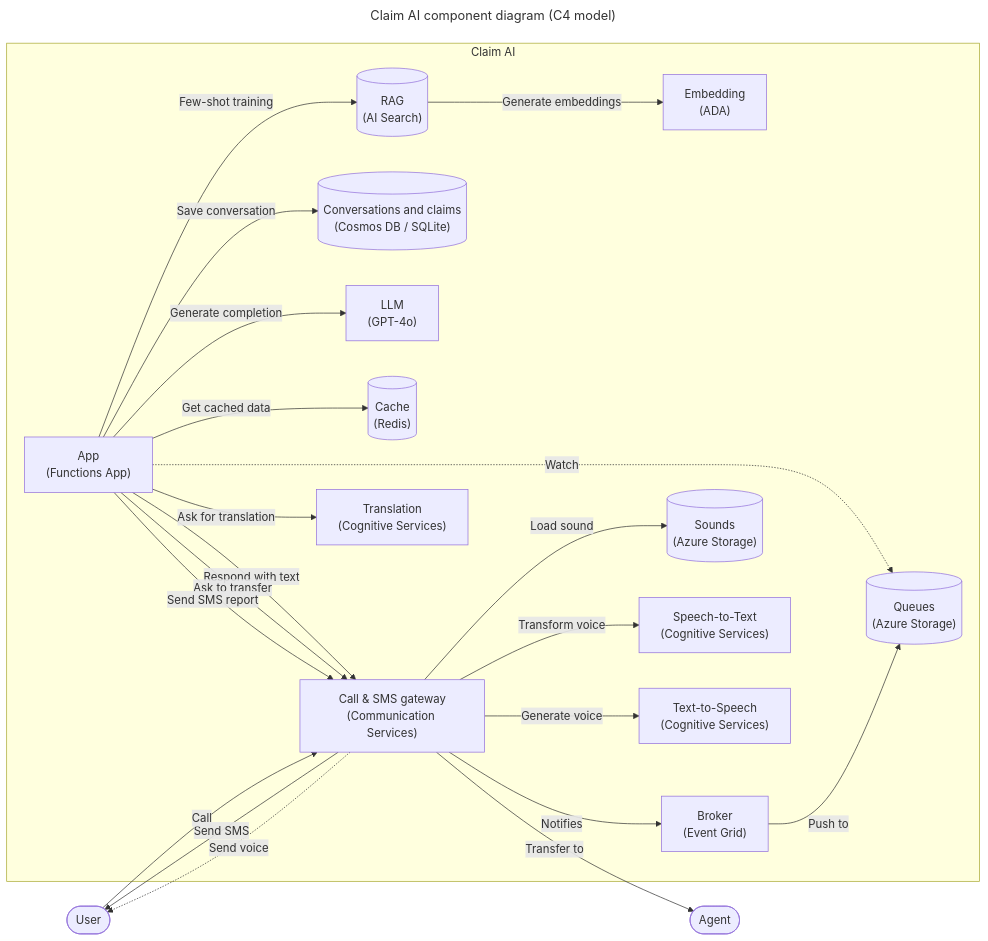
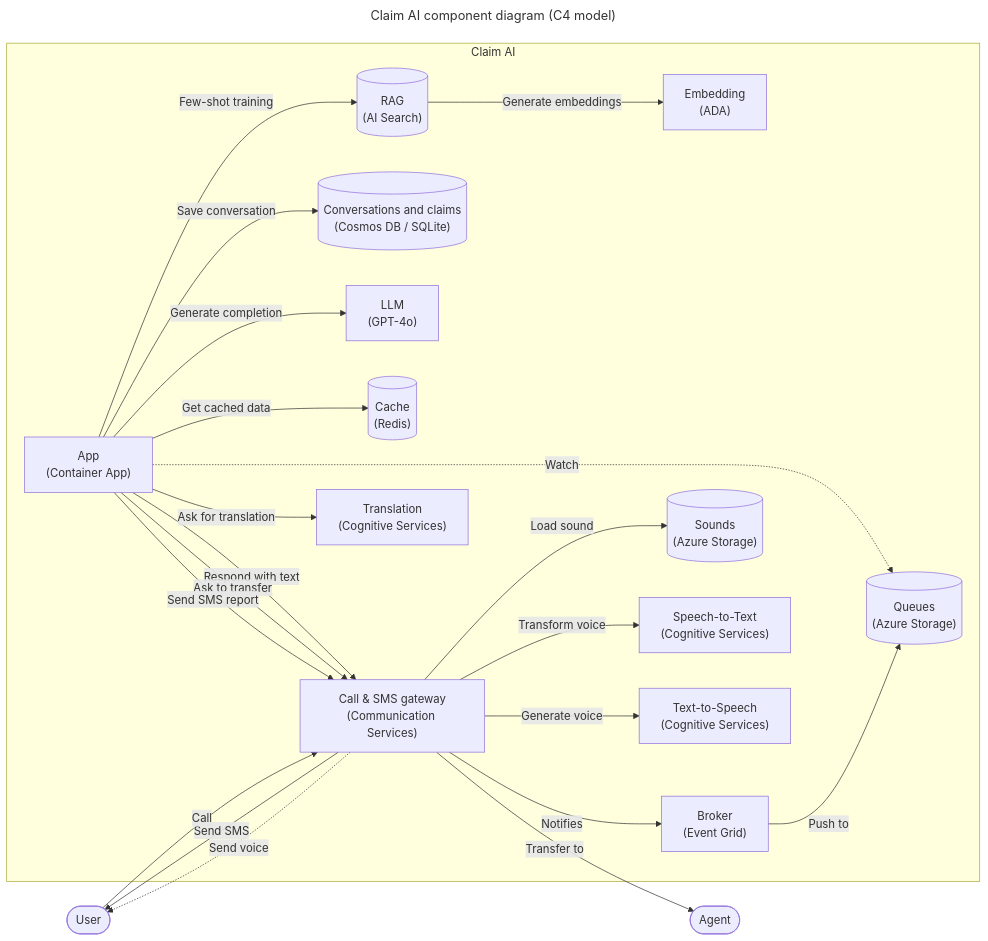
One commit to microsoft/call-center-ai changed the second of 3 diagrams in README.md. Above: the diagram before and after it, drawn with Mermaid.

Commit message:
doc: Fix app diagram hosting

````diff
--- a/README.md
+++ b/README.md
@@ -170,48 +170,48 @@
 ```mermaid
 ---
 title: Claim AI component diagram (C4 model)
 ---
 graph LR
   agent(["Agent"])
   user(["User"])
 
   subgraph "Claim AI"
     ada["Embedding<br>(ADA)"]
-    app["App<br>(Functions App)"]
+    app["App<br>(Container App)"]
     communication_services["Call & SMS gateway<br>(Communication Services)"]
     db[("Conversations and claims<br>(Cosmos DB / SQLite)")]
     eventgrid["Broker<br>(Event Grid)"]
     gpt["LLM<br>(GPT-4o)"]
     queues[("Queues<br>(Azure Storage)")]
     redis[("Cache<br>(Redis)")]
     search[("RAG<br>(AI Search)")]
     sounds[("Sounds<br>(Azure Storage)")]
     sst["Speech-to-Text<br>(Cognitive Services)"]
     translation["Translation<br>(Cognitive Services)"]
     tts["Text-to-Speech<br>(Cognitive Services)"]
   end
 
   app -- Respond with text --> communication_services
   app -- Ask for translation --> translation
   app -- Ask to transfer --> communication_services
   app -- Few-shot training --> search
   app -- Generate completion --> gpt
   app -- Get cached data --> redis
   app -- Save conversation --> db
   app -- Send SMS report --> communication_services
   app -. Watch .-> queues
 
   communication_services -- Generate voice --> tts
   communication_services -- Load sound --> sounds
   communication_services -- Notifies --> eventgrid
   communication_services -- Send SMS --> user
   communication_services -- Transfer to --> agent
   communication_services -- Transform voice --> sst
   communication_services -. Send voice .-> user
 
   eventgrid -- Push to --> queues
 
   search -- Generate embeddings --> ada
 
   user -- Call --> communication_services
 ```
````
